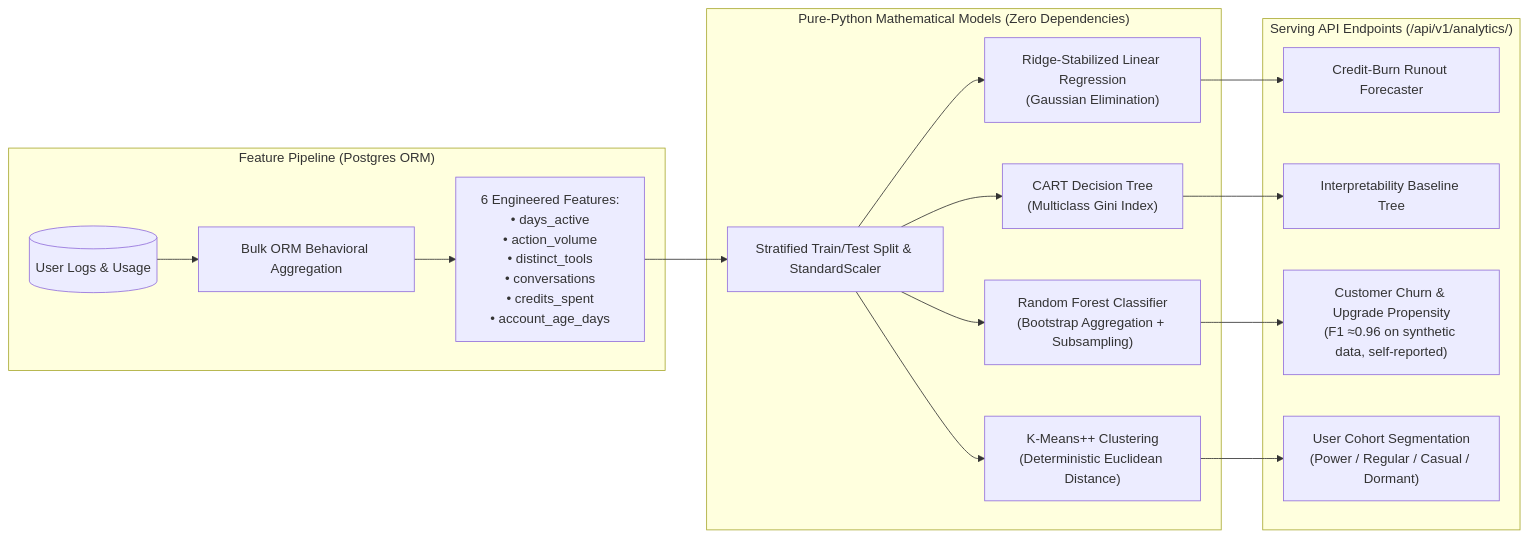
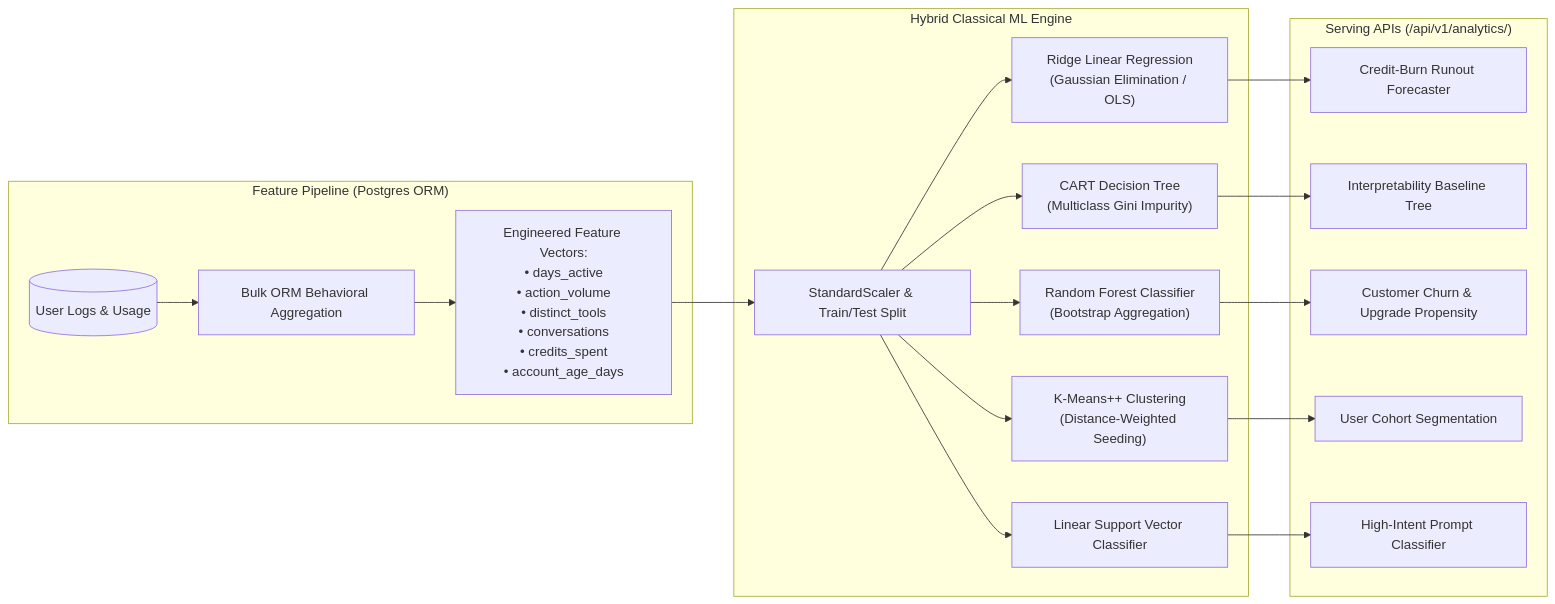
Before and after one commit to md-ajim/ToolHub-AI-Architecture: the fifth of 5 diagrams in README.md, drawn with Mermaid. The commit also changed other lines of this file, not shown here.

````diff
--- a/README.md
+++ b/README.md
@@ -299,22 +344,24 @@
 ```mermaid
 flowchart LR
     subgraph DataIngestion["Feature Pipeline (Postgres ORM)"]
         DB[("User Logs & Usage")] --> Aggregator["Bulk ORM Behavioral Aggregation"]
-        Aggregator --> Features["6 Engineered Features:<br/>• days_active<br/>• action_volume<br/>• distinct_tools<br/>• conversations<br/>• credits_spent<br/>• account_age_days"]
+        Aggregator --> Features["Engineered Feature Vectors:<br/>• days_active<br/>• action_volume<br/>• distinct_tools<br/>• conversations<br/>• credits_spent<br/>• account_age_days"]
     end
 
-    subgraph CustomMLEngine["Pure-Python Mathematical Models (Zero Dependencies)"]
-        Features --> Splitter["Stratified Train/Test Split & StandardScaler"]
-        Splitter --> LinReg["Ridge-Stabilized Linear Regression<br/>(Gaussian Elimination)"]
-        Splitter --> CART["CART Decision Tree<br/>(Multiclass Gini Index)"]
-        Splitter --> RF["Random Forest Classifier<br/>(Bootstrap Aggregation + Subsampling)"]
-        Splitter --> KMeans["K-Means++ Clustering<br/>(Deterministic Euclidean Distance)"]
+    subgraph CustomMLEngine["Hybrid Classical ML Engine"]
+        Features --> Splitter["StandardScaler & Train/Test Split"]
+        Splitter --> LinReg["Ridge Linear Regression<br/>(Gaussian Elimination / OLS)"]
+        Splitter --> CART["CART Decision Tree<br/>(Multiclass Gini Impurity)"]
+        Splitter --> RF["Random Forest Classifier<br/>(Bootstrap Aggregation)"]
+        Splitter --> KMeans["K-Means++ Clustering<br/>(Distance-Weighted Seeding)"]
+        Splitter --> SVM["Linear Support Vector Classifier"]
     end
 
-    subgraph BusinessIntelligence["Serving API Endpoints (/api/v1/analytics/)"]
+    subgraph BusinessIntelligence["Serving APIs (/api/v1/analytics/)"]
         LinReg --> Forecast["Credit-Burn Runout Forecaster"]
         CART --> Baseline["Interpretability Baseline Tree"]
-        RF --> ChurnPredict["Customer Churn & Upgrade Propensity<br/>(F1 ≈0.96 on synthetic data, self-reported)"]
-        KMeans --> Segmentation["User Cohort Segmentation<br/>(Power / Regular / Casual / Dormant)"]
+        RF --> ChurnPredict["Customer Churn & Upgrade Propensity"]
+        KMeans --> Segmentation["User Cohort Segmentation"]
+        SVM --> Classification["High-Intent Prompt Classifier"]
     end
 ```
````
